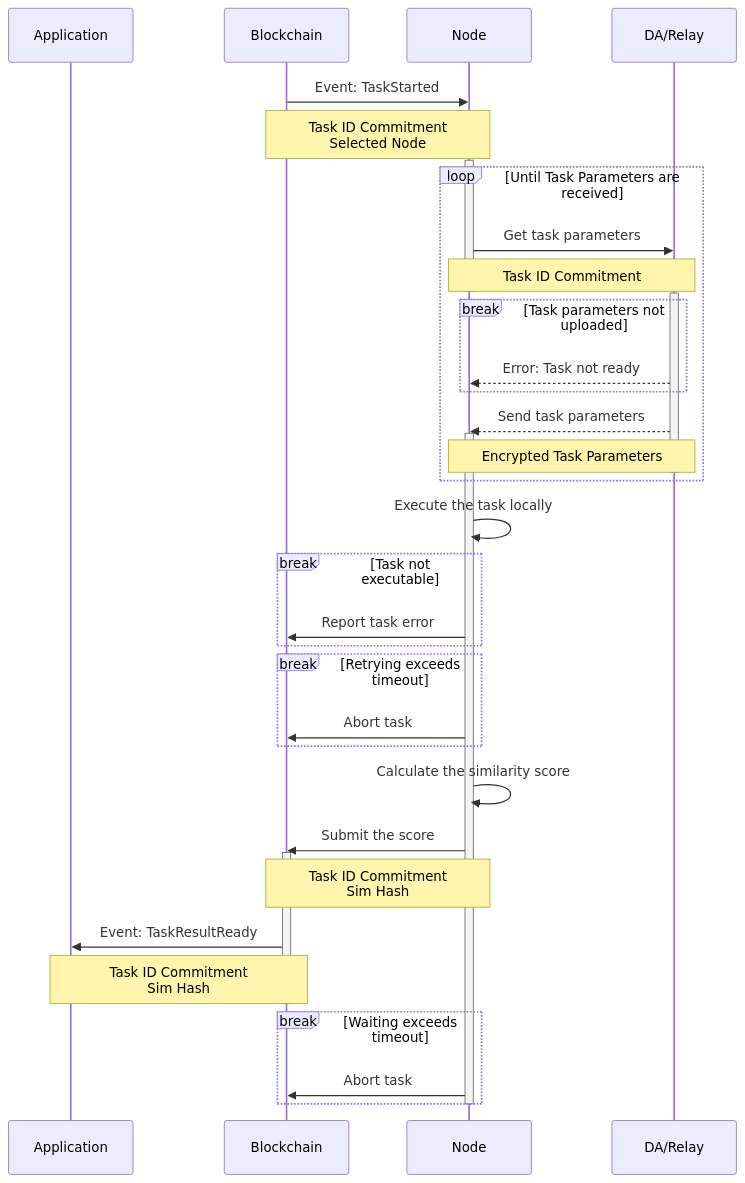
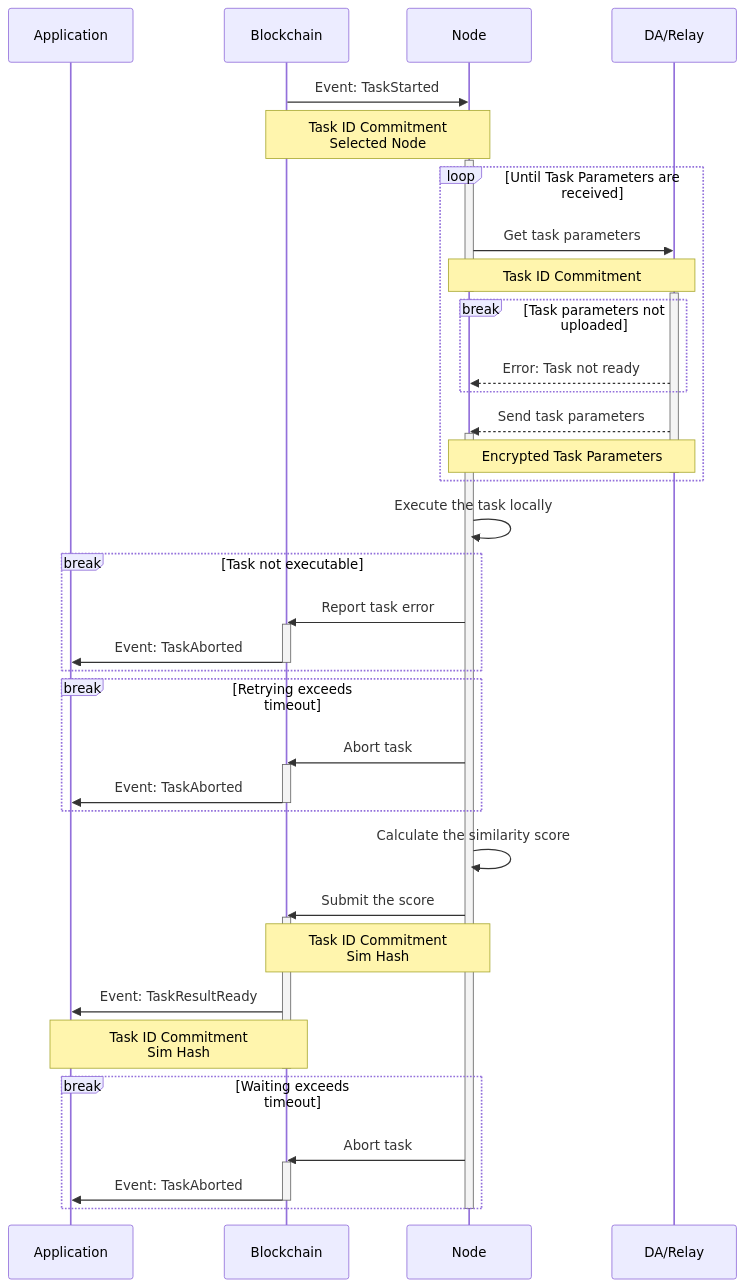
One commit to crynux-ai/documentation changed the second of 3 diagrams in gitbook/system-design/task-lifecycle.md. Above: the diagram before and after it, drawn with Mermaid. The commit also changed other lines of this file, not shown here.

````diff
--- a/gitbook/system-design/task-lifecycle.md
+++ b/gitbook/system-design/task-lifecycle.md
@@ -113,49 +113,58 @@
 ```mermaid
 sequenceDiagram
     Participant A as Application
     Participant B as Blockchain
     Participant N as Node
     Participant R as DA/Relay
 
     B ->> N: Event: TaskStarted
     Note over B,N: Task ID Commitment<br />Selected Node
     activate N
     loop Until Task Parameters are received
         N ->> R: Get task parameters
         Note over N,R: Task ID Commitment
         deactivate N
         activate R
         break Task parameters not uploaded
             R -->> N: Error: Task not ready
         end
         R -->> N: Send task parameters
         activate N
         Note over N,R: Encrypted Task Parameters
         deactivate R
     end
 
     N ->> N: Execute the task locally
 
     break Task not executable
         N ->> B: Report task error
+        activate B
+        B ->> A: Event: TaskAborted
+        deactivate B
     end
 
     break Retrying exceeds timeout
         N ->> B: Abort task
+        activate B
+        B ->> A: Event: TaskAborted
+        deactivate B
     end
     
     N ->> N: Calculate the similarity score
     N ->> B: Submit the score
     activate B
     Note over N,B: Task ID Commitment<br/>Sim Hash
     B ->> A: Event: TaskResultReady
     Note over A,B: Task ID Commitment<br/>Sim Hash
     deactivate B
 
     break Waiting exceeds timeout
         N ->> B: Abort task
+        activate B
+        B ->> A: Event: TaskAborted
+        deactivate B
     end
 
     deactivate N
 
 ```
````
